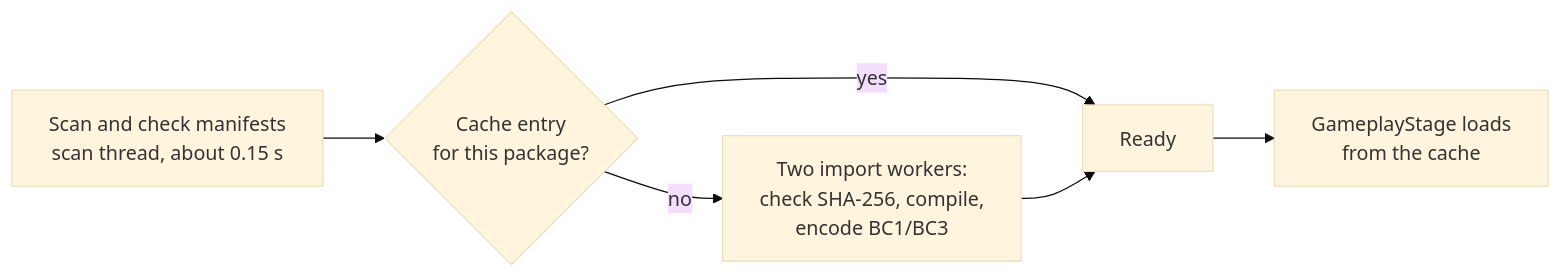
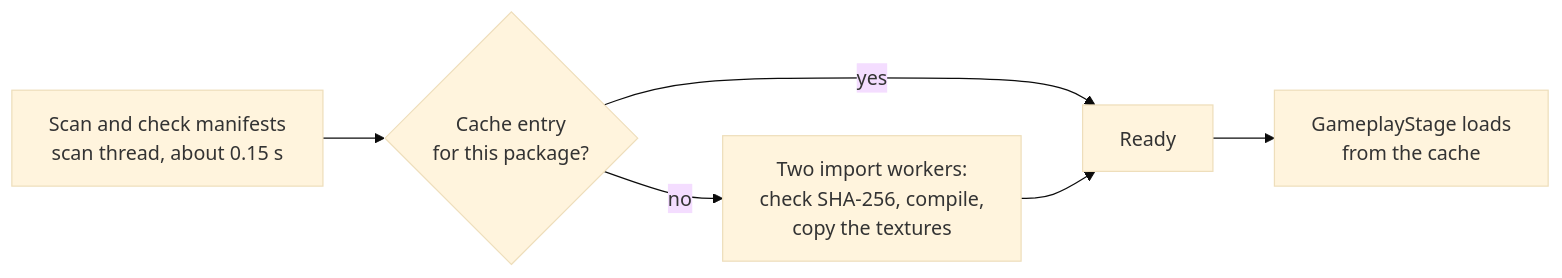
Before and after one commit to heditwo/gh3-clonehero-skin: the fourth of 5 diagrams in docs/PACKAGE-FORMAT.md, drawn with Mermaid (base theme). The commit also changed other lines of this file and 8 other files, not shown here.

````diff
--- a/docs/PACKAGE-FORMAT.md
+++ b/docs/PACKAGE-FORMAT.md
@@ -882,8 +930,8 @@
 ```mermaid
 flowchart LR
     Scan[Scan and check manifests<br/>scan thread, about 0.15 s] --> Hit{Cache entry<br/>for this package?}
     Hit -- yes --> Ready[Ready]
-    Hit -- no --> Worker[Two import workers:<br/>check SHA-256, compile,<br/>encode BC1/BC3]
+    Hit -- no --> Worker[Two import workers:<br/>check SHA-256, compile,<br/>copy the textures]
     Worker --> Ready
     Ready --> Stage[GameplayStage loads<br/>from the cache]
 ```
````
